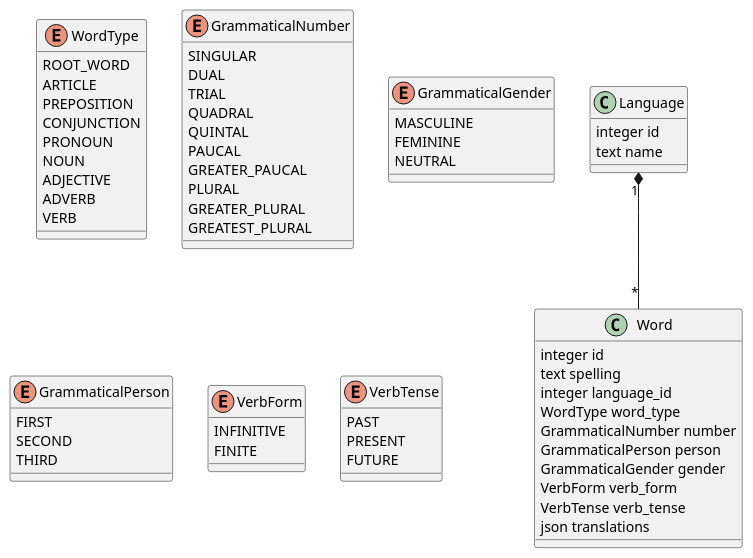
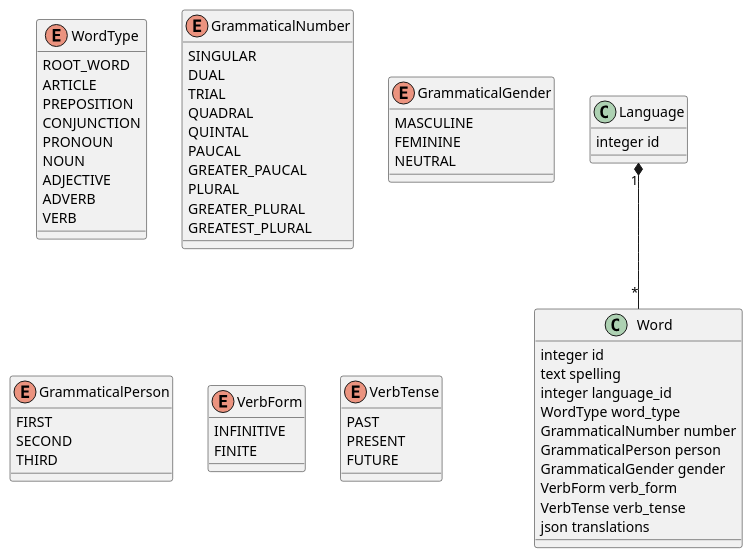
The diagram in docs/database/language.plantuml (hellebore-project/hellebore), drawn with PlantUML before and after one commit. The commit also changed 12 other files, not shown here.

```diff
--- a/docs/database/language.plantuml
+++ b/docs/database/language.plantuml
@@ -1,75 +1,74 @@
 @startuml Language
 
 ''' Classes
 
 class Language {
     integer id
-    text name
 }
 
 enum WordType {
     ROOT_WORD
     ARTICLE
     PREPOSITION
     CONJUNCTION
     PRONOUN
     NOUN
     ADJECTIVE
     ADVERB
     VERB
 }
 
 enum GrammaticalNumber {
     SINGULAR
     DUAL
     TRIAL
     QUADRAL
     QUINTAL
     PAUCAL
     GREATER_PAUCAL
     PLURAL
     GREATER_PLURAL
     GREATEST_PLURAL
 }
 
 enum GrammaticalGender {
     MASCULINE
     FEMININE
     NEUTRAL
 }
 
 enum GrammaticalPerson {
     FIRST
     SECOND
     THIRD
 }
 
 enum VerbForm {
     INFINITIVE
     FINITE
 }
 
 enum VerbTense {
     PAST
     PRESENT
     FUTURE
 }
 
 class Word {
     integer id
     text spelling
     integer language_id
     WordType word_type
     GrammaticalNumber number
     GrammaticalPerson person
     GrammaticalGender gender
     VerbForm verb_form
     VerbTense verb_tense
     json translations
 }
 
 ''' Relationships
 
 Language "1" *-- "*" Word
 
 @enduml
```
